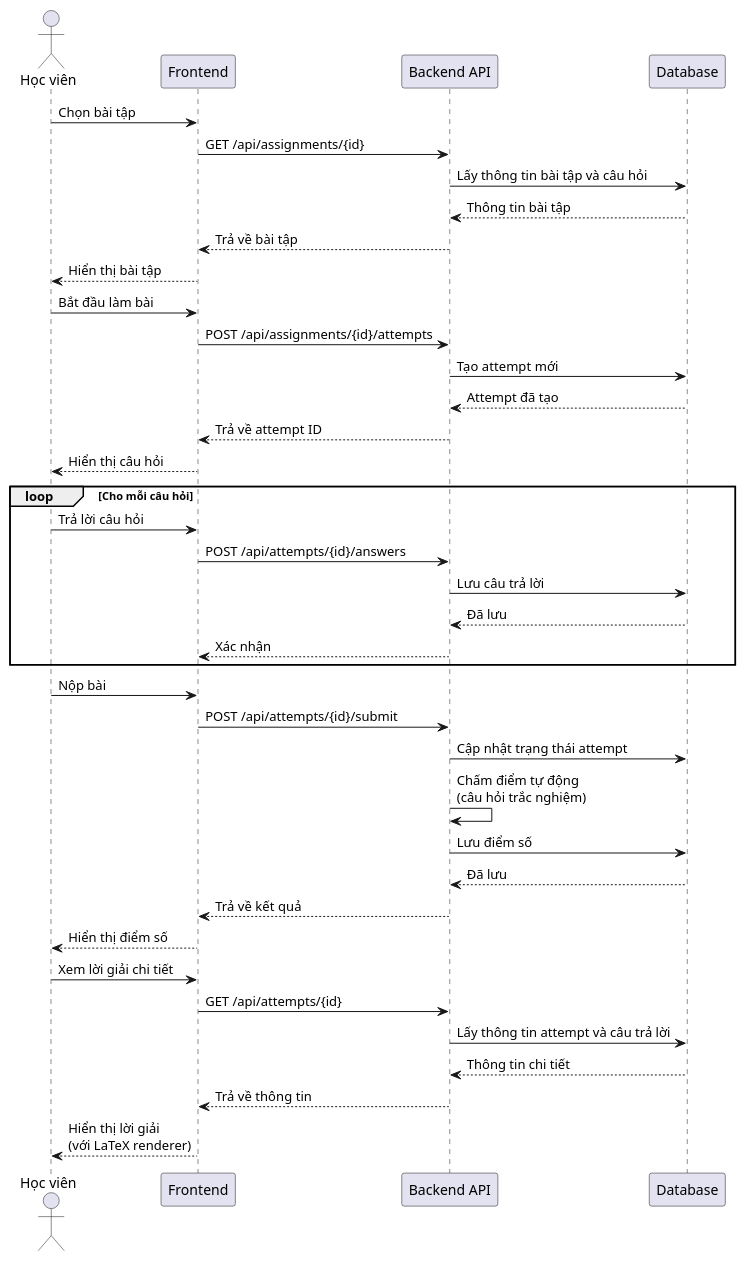
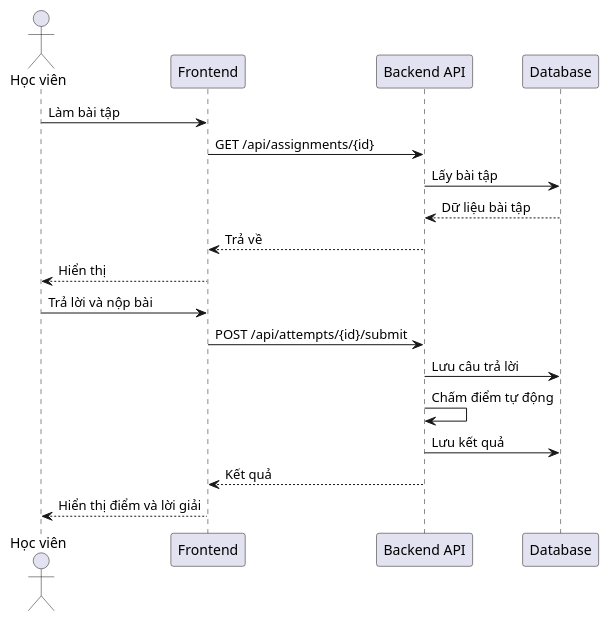
Diagram 12 of 18 in khoitriso-be/BIEU_DO_UML.md (ngocnghia81/KhoiTriSo-PHP), drawn with PlantUML before and after one commit. The commit also changed other lines of this file and 23 other files, not shown here.

````diff
--- a/khoitriso-be/BIEU_DO_UML.md
+++ b/khoitriso-be/BIEU_DO_UML.md
@@ -501,47 +305,24 @@
 ```plantuml
 @startuml
 actor "Học viên" as Student
 participant "Frontend" as FE
 participant "Backend API" as API
 participant "Database" as DB
 
-Student -> FE: Chọn bài tập
+Student -> FE: Làm bài tập
 FE -> API: GET /api/assignments/{id}
-API -> DB: Lấy thông tin bài tập và câu hỏi
-DB --> API: Thông tin bài tập
-API --> FE: Trả về bài tập
-FE --> Student: Hiển thị bài tập
+API -> DB: Lấy bài tập
+DB --> API: Dữ liệu bài tập
+API --> FE: Trả về
+FE --> Student: Hiển thị
 
-Student -> FE: Bắt đầu làm bài
-FE -> API: POST /api/assignments/{id}/attempts
-API -> DB: Tạo attempt mới
-DB --> API: Attempt đã tạo
-API --> FE: Trả về attempt ID
-FE --> Student: Hiển thị câu hỏi
-
-loop Cho mỗi câu hỏi
-  Student -> FE: Trả lời câu hỏi
-  FE -> API: POST /api/attempts/{id}/answers
-  API -> DB: Lưu câu trả lời
-  DB --> API: Đã lưu
-  API --> FE: Xác nhận
-end
-
-Student -> FE: Nộp bài
+Student -> FE: Trả lời và nộp bài
 FE -> API: POST /api/attempts/{id}/submit
-API -> DB: Cập nhật trạng thái attempt
-API -> API: Chấm điểm tự động\n(câu hỏi trắc nghiệm)
-API -> DB: Lưu điểm số
-DB --> API: Đã lưu
-API --> FE: Trả về kết quả
-FE --> Student: Hiển thị điểm số
-
-Student -> FE: Xem lời giải chi tiết
-FE -> API: GET /api/attempts/{id}
-API -> DB: Lấy thông tin attempt và câu trả lời
-DB --> API: Thông tin chi tiết
-API --> FE: Trả về thông tin
-FE --> Student: Hiển thị lời giải\n(với LaTeX renderer)
+API -> DB: Lưu câu trả lời
+API -> API: Chấm điểm tự động
+API -> DB: Lưu kết quả
+API --> FE: Kết quả
+FE --> Student: Hiển thị điểm và lời giải
 
 @enduml
 ```
````
